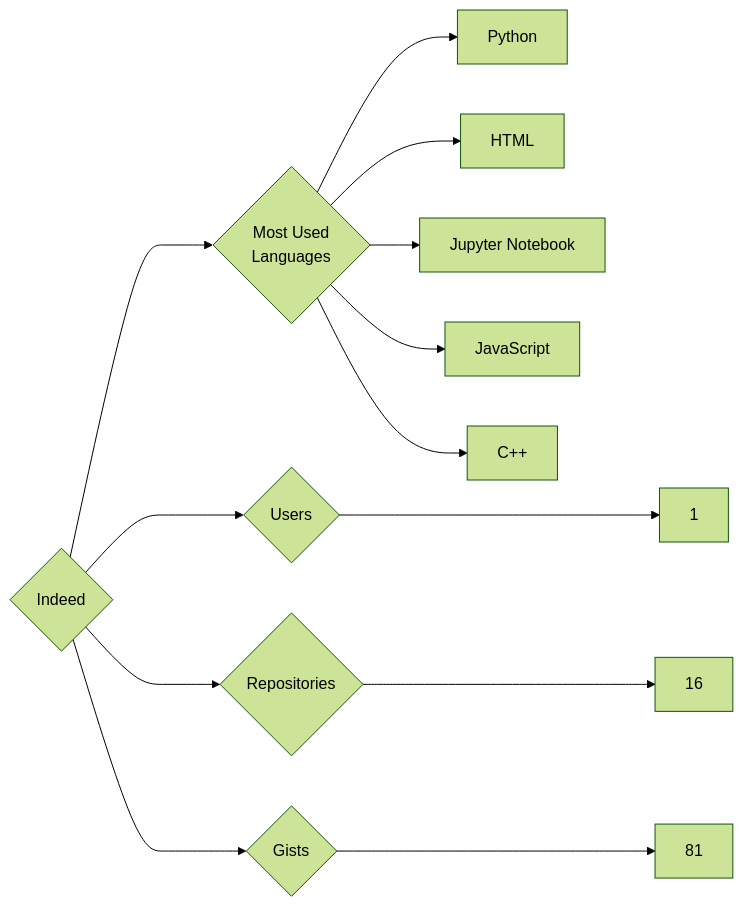
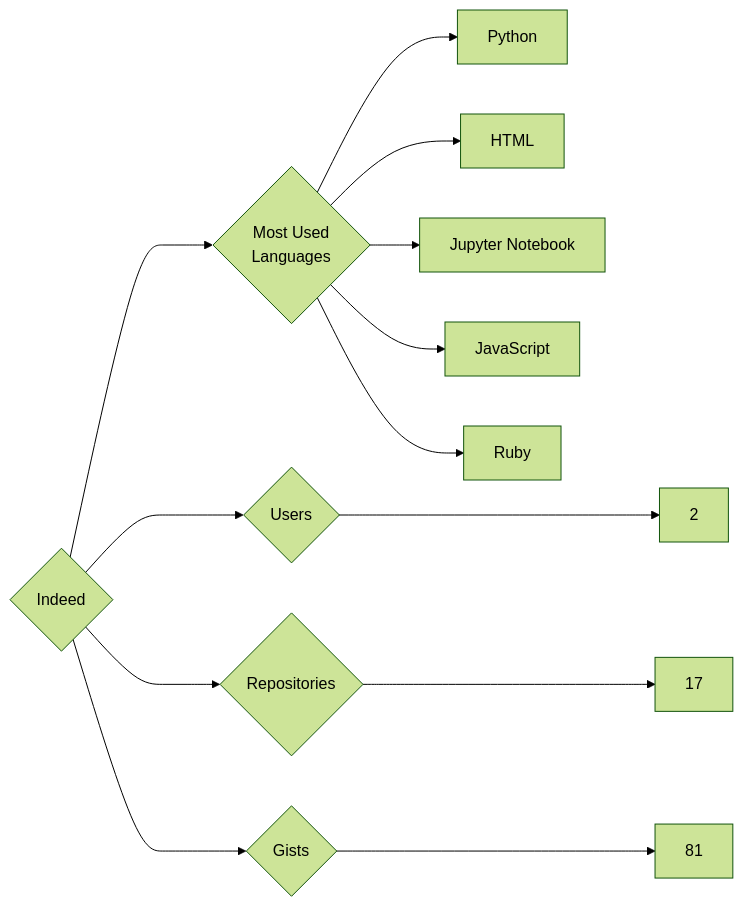
Before and after one commit to trickest/insiders: the diagram in targets/Indeed/README.md, drawn with Mermaid (forest theme). The commit also changed 927 other files, not shown here.

````diff
--- a/targets/Indeed/README.md
+++ b/targets/Indeed/README.md
@@ -3,13 +3,13 @@
 ```mermaid
 graph LR
 COMPANY_NAME{Indeed}
-COMPANY_NAME ---> U{Users} ---> UN[1]
-COMPANY_NAME ---> R{Repositories} ---> RN[16]
+COMPANY_NAME ---> U{Users} ---> UN[2]
+COMPANY_NAME ---> R{Repositories} ---> RN[17]
 COMPANY_NAME ---> G{Gists} ---> GN[81]
 COMPANY_NAME ---> ML{Most Used<br>Languages}
 ML --> Python[Python]
 ML --> HTML[HTML]
 ML --> Jupyter_Notebook[Jupyter Notebook]
 ML --> JavaScript[JavaScript]
-ML --> C++[C++]
+ML --> Ruby[Ruby]
 ```
````
